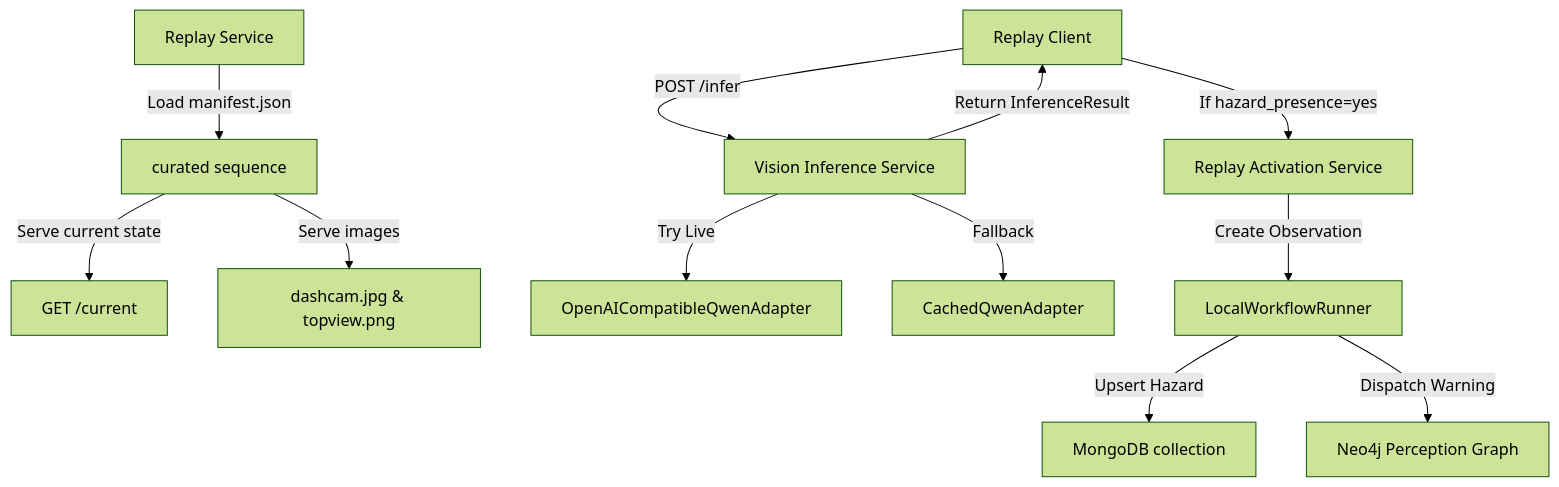
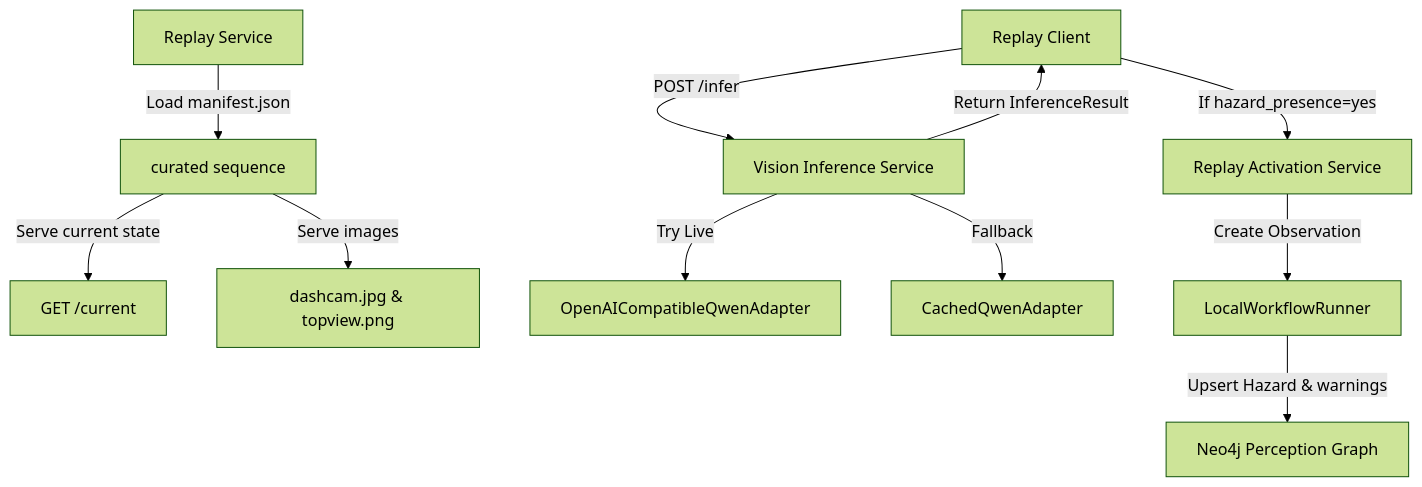
One commit to Gauth777/Sentinel changed the diagram in README.md. Above: the diagram before and after it, drawn with Mermaid (forest theme). The commit also changed other lines of this file and 8 other files, not shown here.

````diff
--- a/README.md
+++ b/README.md
@@ -11,14 +20,13 @@
 ```mermaid
 graph TD
     A[Replay Service] -->|Load manifest.json| B[curated sequence]
     B -->|Serve current state| C[GET /current]
     B -->|Serve images| D[dashcam.jpg & topview.png]
     E[Replay Client] -->|POST /infer| F[Vision Inference Service]
     F -->|Try Live| G[OpenAICompatibleQwenAdapter]
     F -->|Fallback| H[CachedQwenAdapter]
     F -->|Return InferenceResult| E
     E -->|If hazard_presence=yes| I[Replay Activation Service]
     I -->|Create Observation| J[LocalWorkflowRunner]
-    J -->|Upsert Hazard| K[MongoDB collection]
-    J -->|Dispatch Warning| L[Neo4j Perception Graph]
+    J -->|Upsert Hazard & warnings| K[Neo4j Perception Graph]
 ```
````
